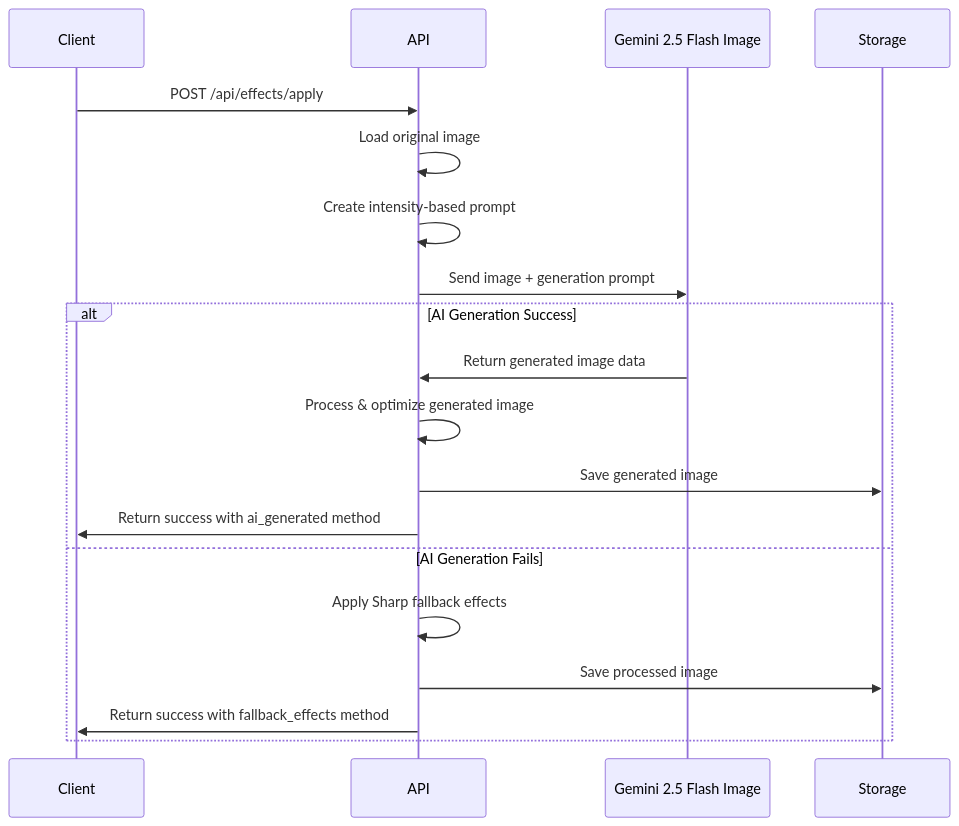
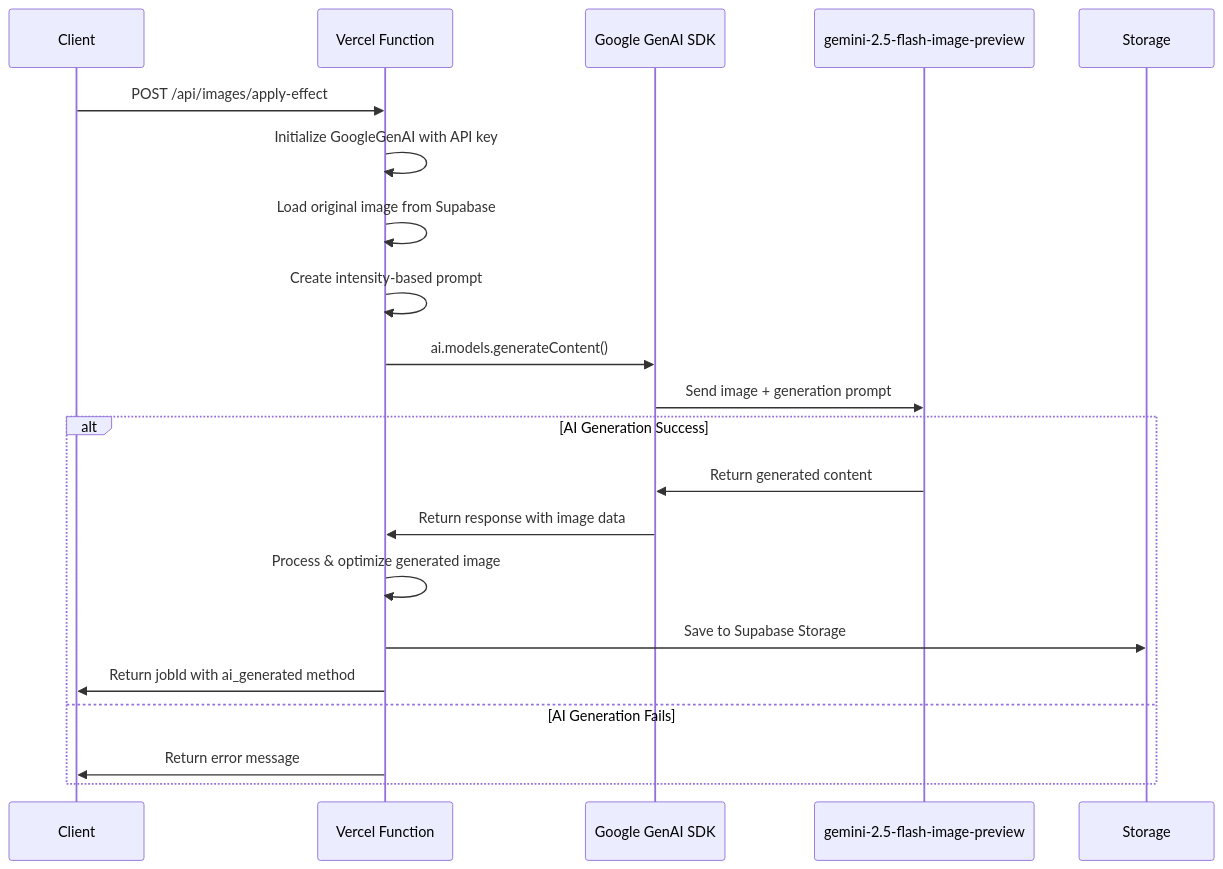
The third of 4 diagrams in .trae/documents/technical_architecture.md (ambershen/trae-solo-nano-banana-demo), drawn with Mermaid before and after one commit. The commit also changed other lines of this file and 40 other files, not shown here.

First line of the commit message:
refactor(api): migrate to serverless architecture and update image generation

````diff
--- a/.trae/documents/technical_architecture.md
+++ b/.trae/documents/technical_architecture.md
@@ -204,23 +207,25 @@
 ```mermaid
 sequenceDiagram
     participant Client
-    participant API
-    participant Gemini as Gemini 2.5 Flash Image
+    participant Vercel as Vercel Function
+    participant GenAI as Google GenAI SDK
+    participant Gemini as gemini-2.5-flash-image-preview
     participant Storage
     
-    Client->>API: POST /api/effects/apply
-    API->>API: Load original image
-    API->>API: Create intensity-based prompt
-    API->>Gemini: Send image + generation prompt
+    Client->>Vercel: POST /api/images/apply-effect
+    Vercel->>Vercel: Initialize GoogleGenAI with API key
+    Vercel->>Vercel: Load original image from Supabase
+    Vercel->>Vercel: Create intensity-based prompt
+    Vercel->>GenAI: ai.models.generateContent()
+    GenAI->>Gemini: Send image + generation prompt
     
     alt AI Generation Success
-        Gemini->>API: Return generated image data
-        API->>API: Process & optimize generated image
-        API->>Storage: Save generated image
-        API->>Client: Return success with ai_generated method
+        Gemini->>GenAI: Return generated content
+        GenAI->>Vercel: Return response with image data
+        Vercel->>Vercel: Process & optimize generated image
+        Vercel->>Storage: Save to Supabase Storage
+        Vercel->>Client: Return jobId with ai_generated method
     else AI Generation Fails
-        API->>API: Apply Sharp fallback effects
-        API->>Storage: Save processed image
-        API->>Client: Return success with fallback_effects method
+        Vercel->>Client: Return error message
     end
 ```
````
